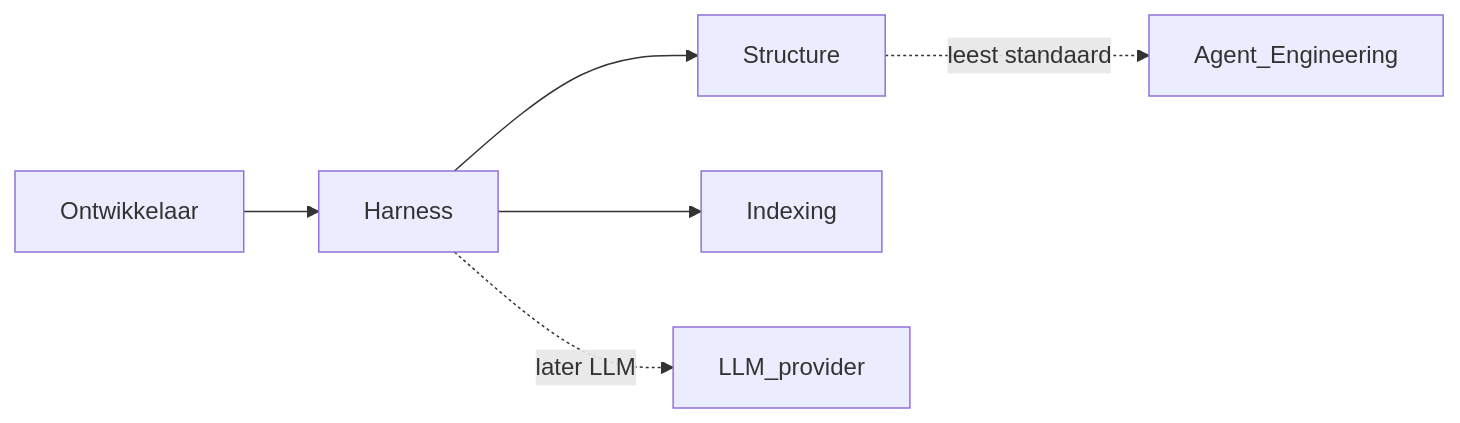
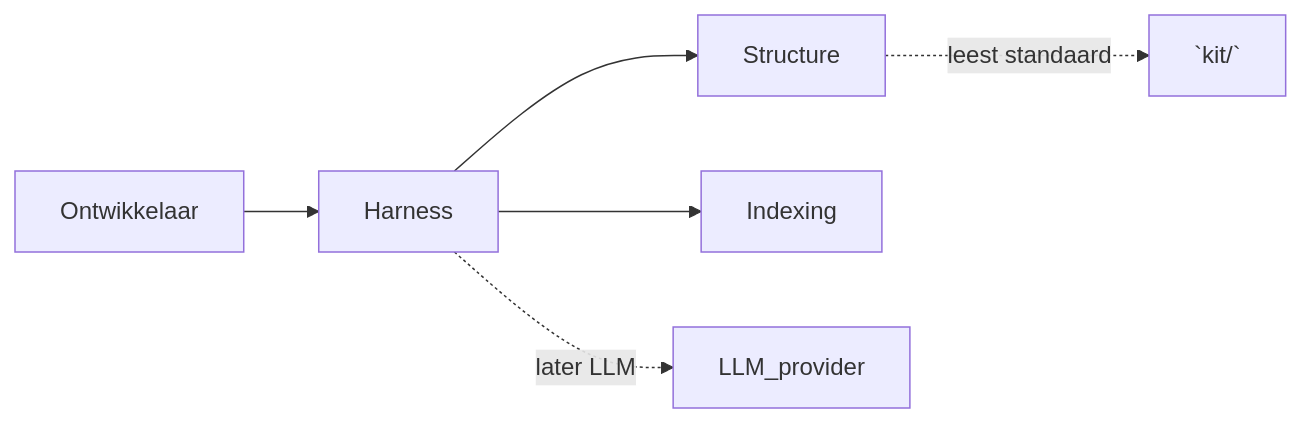
The diagram in docs/architecture/ARCHITECTURE.md (Lennaertds/cardine), drawn with Mermaid before and after one commit. The commit also changed other lines of this file and 46 other files, not shown here.

Commit message:
Alle Agent_Engineering verwijzingen weg

````diff
--- a/docs/architecture/ARCHITECTURE.md
+++ b/docs/architecture/ARCHITECTURE.md
@@ -14,8 +14,8 @@
 ```mermaid
 flowchart LR
   dev[Ontwikkelaar] --> harness[Harness]
   harness --> structure[Structure]
   harness --> indexing[Indexing]
-  structure -.->|leest standaard| ae[Agent_Engineering]
+  structure -.->|leest standaard| ae[`kit/`]
   harness -.->|later LLM| llm[LLM_provider]
 ```
````
